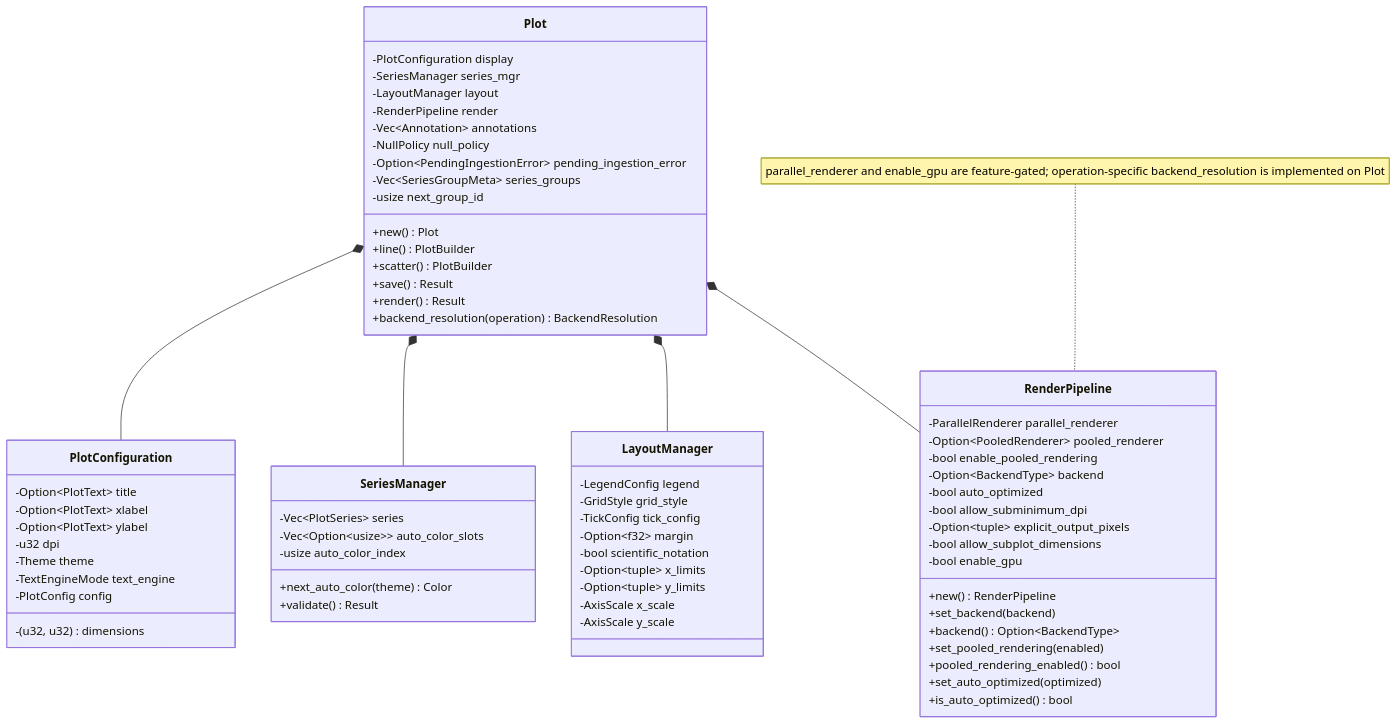
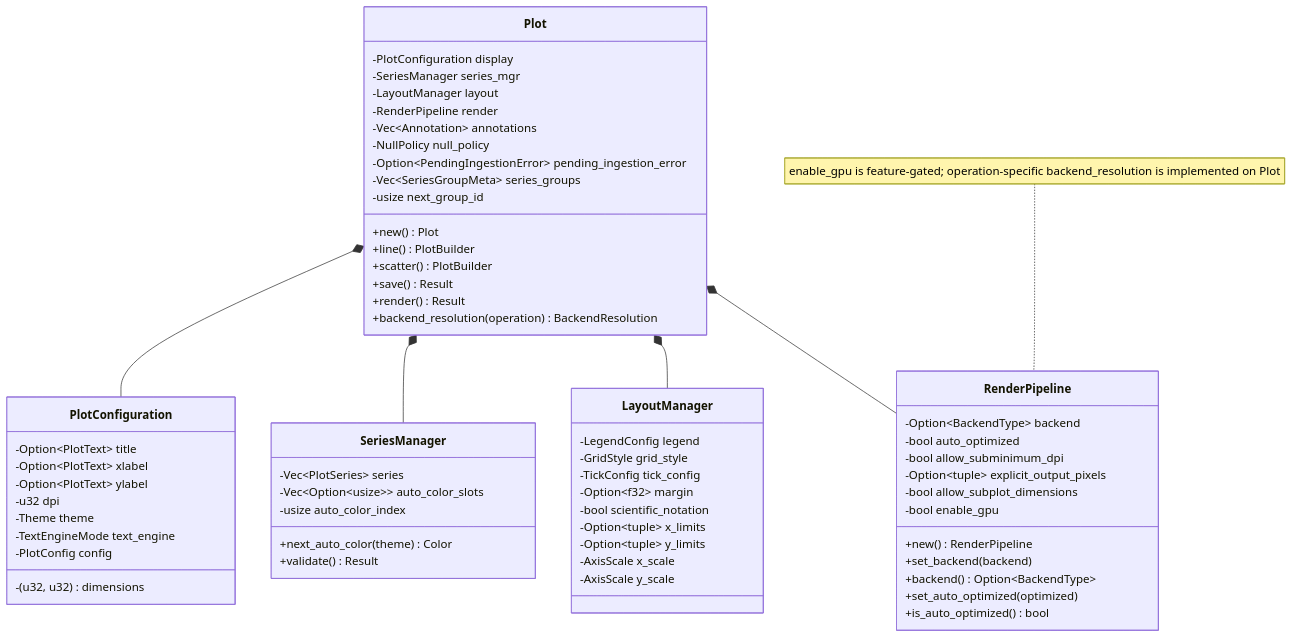
Before and after one commit to Ameyanagi/ruviz: the first of 7 diagrams in docs/ARCHITECTURE.md, drawn with Mermaid. The commit also changed other lines of this file and 148 other files, not shown here.

````diff
--- a/docs/ARCHITECTURE.md
+++ b/docs/ARCHITECTURE.md
@@ -11,77 +11,72 @@
 ```mermaid
 classDiagram
     class Plot {
         -PlotConfiguration display
         -SeriesManager series_mgr
         -LayoutManager layout
         -RenderPipeline render
         -Vec~Annotation~ annotations
         -NullPolicy null_policy
         -Option~PendingIngestionError~ pending_ingestion_error
         -Vec~SeriesGroupMeta~ series_groups
         -usize next_group_id
         +new() Plot
         +line() PlotBuilder
         +scatter() PlotBuilder
         +save() Result
         +render() Result
         +backend_resolution(operation) BackendResolution
     }
 
     class PlotConfiguration {
         -Option~PlotText~ title
         -Option~PlotText~ xlabel
         -Option~PlotText~ ylabel
         -(u32, u32) dimensions
         -u32 dpi
         -Theme theme
         -TextEngineMode text_engine
         -PlotConfig config
     }
 
     class SeriesManager {
         -Vec~PlotSeries~ series
         -Vec~Option~usize~~ auto_color_slots
         -usize auto_color_index
         +next_auto_color(theme) Color
         +validate() Result
     }
 
     class LayoutManager {
         -LegendConfig legend
         -GridStyle grid_style
         -TickConfig tick_config
         -Option~f32~ margin
         -bool scientific_notation
         -Option~tuple~ x_limits
         -Option~tuple~ y_limits
         -AxisScale x_scale
         -AxisScale y_scale
     }
 
     class RenderPipeline {
-        -ParallelRenderer parallel_renderer
-        -Option~PooledRenderer~ pooled_renderer
-        -bool enable_pooled_rendering
         -Option~BackendType~ backend
         -bool auto_optimized
         -bool allow_subminimum_dpi
         -Option~tuple~ explicit_output_pixels
         -bool allow_subplot_dimensions
         -bool enable_gpu
         +new() RenderPipeline
         +set_backend(backend)
         +backend() Option~BackendType~
-        +set_pooled_rendering(enabled)
-        +pooled_rendering_enabled() bool
         +set_auto_optimized(optimized)
         +is_auto_optimized() bool
     }
 
-    note for RenderPipeline "parallel_renderer and enable_gpu are feature-gated; operation-specific backend_resolution is implemented on Plot"
+    note for RenderPipeline "enable_gpu is feature-gated; operation-specific backend_resolution is implemented on Plot"
 
     Plot *-- PlotConfiguration
     Plot *-- SeriesManager
     Plot *-- LayoutManager
     Plot *-- RenderPipeline
 ```
````
